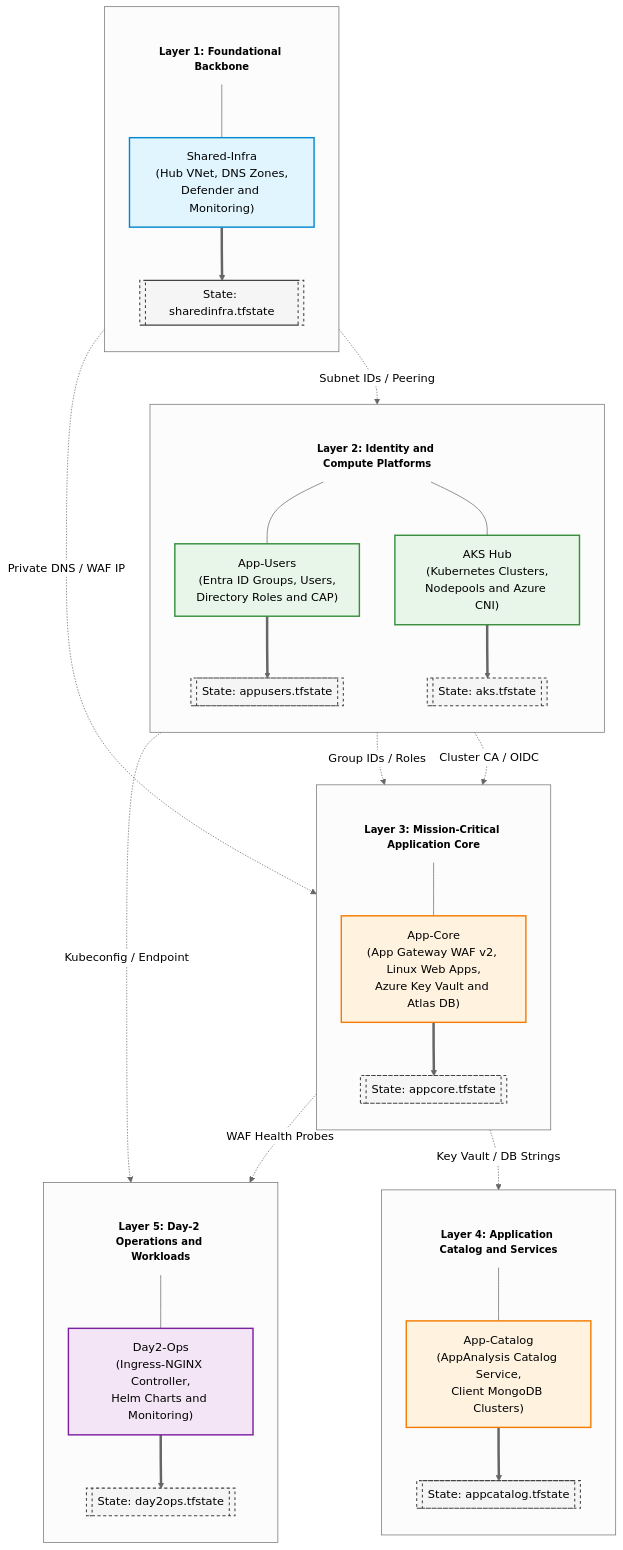
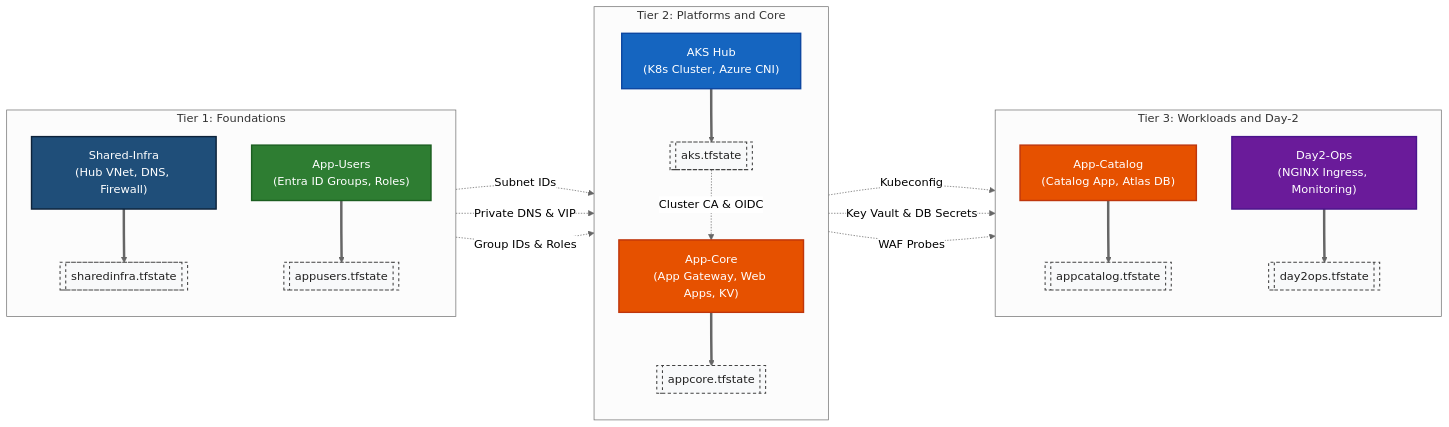
The fourth of 6 diagrams in README.md (nubenetes/terraform-azure-devops-agentic), drawn with Mermaid (neutral theme) before and after one commit. The commit also changed other lines of this file, not shown here.

Commit message:
docs: streamline State Boundary, Identity Plane and Atlas diagrams to eliminate crossing lines and text collisions

````diff
--- a/README.md
+++ b/README.md
@@ -493,66 +493,57 @@
 ```mermaid
-flowchart TD
-    classDef hub fill:#e1f5fe,stroke:#0288d1,stroke-width:2px;
-    classDef spoke fill:#e8f5e9,stroke:#388e3c,stroke-width:2px;
-    classDef app fill:#fff3e0,stroke:#f57c00,stroke-width:2px;
-    classDef ops fill:#f3e5f5,stroke:#7b1fa2,stroke-width:2px;
-    classDef state fill:#f5f5f5,stroke:#424242,stroke-width:1.5px,stroke-dasharray: 4 4;
-    classDef title fill:none,stroke:none,font-weight:bold,font-size:14px;
+flowchart LR
+    classDef foundation fill:#1f4e79,stroke:#0d233a,stroke-width:2px,color:#fff;
+    classDef identity fill:#2e7d32,stroke:#1b5e20,stroke-width:2px,color:#fff;
+    classDef compute fill:#1565c0,stroke:#0d47a1,stroke-width:2px,color:#fff;
+    classDef app fill:#e65100,stroke:#bf360c,stroke-width:2px,color:#fff;
+    classDef ops fill:#6a1b9a,stroke:#4a148c,stroke-width:2px,color:#fff;
+    classDef state fill:#f8f9fa,stroke:#424242,stroke-width:1.5px,stroke-dasharray: 4 4,color:#212121;
 
-    subgraph L1 [" "]
+    subgraph Col1 ["Tier 1: Foundations"]
         direction TB
-        T1["Layer 1: Foundational Backbone"]:::title
-        SI["Shared-Infra<br/>(Hub VNet, DNS Zones,<br/>Defender and Monitoring)"]
-        S_SI[["State: sharedinfra.tfstate"]]
-        T1 --- SI ==> S_SI
+        SI["Shared-Infra<br/>(Hub VNet, DNS, Firewall)"]
+        S_SI[["sharedinfra.tfstate"]]
+        SI ==> S_SI
+        
+        AU["App-Users<br/>(Entra ID Groups, Roles)"]
+        S_AU[["appusers.tfstate"]]
+        AU ==> S_AU
     end
 
-    subgraph L2 [" "]
+    subgraph Col2 ["Tier 2: Platforms and Core"]
         direction TB
-        T2["Layer 2: Identity and Compute Platforms"]:::title
-        AU["App-Users<br/>(Entra ID Groups, Users,<br/>Directory Roles and CAP)"]
-        S_AU[["State: appusers.tfstate"]]
-        AKS["AKS Hub<br/>(Kubernetes Clusters,<br/>Nodepools and Azure CNI)"]
-        S_AKS[["State: aks.tfstate"]]
-        T2 --- AU ==> S_AU
-        T2 --- AKS ==> S_AKS
+        AKS["AKS Hub<br/>(K8s Cluster, Azure CNI)"]
+        S_AKS[["aks.tfstate"]]
+        AKS ==> S_AKS
+
+        AC["App-Core<br/>(App Gateway, Web Apps, KV)"]
+        S_AC[["appcore.tfstate"]]
+        AC ==> S_AC
     end
 
-    subgraph L3 [" "]
+    subgraph Col3 ["Tier 3: Workloads and Day-2"]
         direction TB
-        T3["Layer 3: Mission-Critical Application Core"]:::title
-        AC["App-Core<br/>(App Gateway WAF v2, Linux Web Apps,<br/>Azure Key Vault and Atlas DB)"]
-        S_AC[["State: appcore.tfstate"]]
-        T3 --- AC ==> S_AC
+        CAT["App-Catalog<br/>(Catalog App, Atlas DB)"]
+        S_CAT[["appcatalog.tfstate"]]
+        CAT ==> S_CAT
+
+        D2["Day2-Ops<br/>(NGINX Ingress, Monitoring)"]
+        S_D2[["day2ops.tfstate"]]
+        D2 ==> S_D2
     end
 
-    subgraph L4 [" "]
-        direction TB
-        T4["Layer 4: Application Catalog and Services"]:::title
-        CAT["App-Catalog<br/>(AppAnalysis Catalog Service,<br/>Client MongoDB Clusters)"]
-        S_CAT[["State: appcatalog.tfstate"]]
-        T4 --- CAT ==> S_CAT
-    end
+    S_SI -.->|"Subnet IDs"| AKS
+    S_SI -.->|"Private DNS & VIP"| AC
+    S_AU -.->|"Group IDs & Roles"| AC
+    S_AKS -.->|"Cluster CA & OIDC"| AC
+    S_AKS -.->|"Kubeconfig"| D2
+    S_AC -.->|"Key Vault & DB Secrets"| CAT
+    S_AC -.->|"WAF Probes"| D2
 
-    subgraph L5 [" "]
-        direction TB
-        T5["Layer 5: Day-2 Operations and Workloads"]:::title
-        D2["Day2-Ops<br/>(Ingress-NGINX Controller,<br/>Helm Charts and Monitoring)"]
-        S_D2[["State: day2ops.tfstate"]]
-        T5 --- D2 ==> S_D2
-    end
-
-    S_SI -.->|"Subnet IDs / Peering"| AKS
-    S_SI -.->|"Private DNS / WAF IP"| AC
-    S_AU -.->|"Group IDs / Roles"| AC
-    S_AKS -.->|"Cluster CA / OIDC"| AC
-    S_AC -.->|"Key Vault / DB Strings"| CAT
-    S_AKS -.->|"Kubeconfig / Endpoint"| D2
-    S_AC -.->|"WAF Health Probes"| D2
-
-    class SI hub;
-    class AU,AKS spoke;
+    class SI foundation;
+    class AU identity;
+    class AKS compute;
     class AC,CAT app;
     class D2 ops;
     class S_SI,S_AU,S_AKS,S_AC,S_CAT,S_D2 state;
 ```
````
